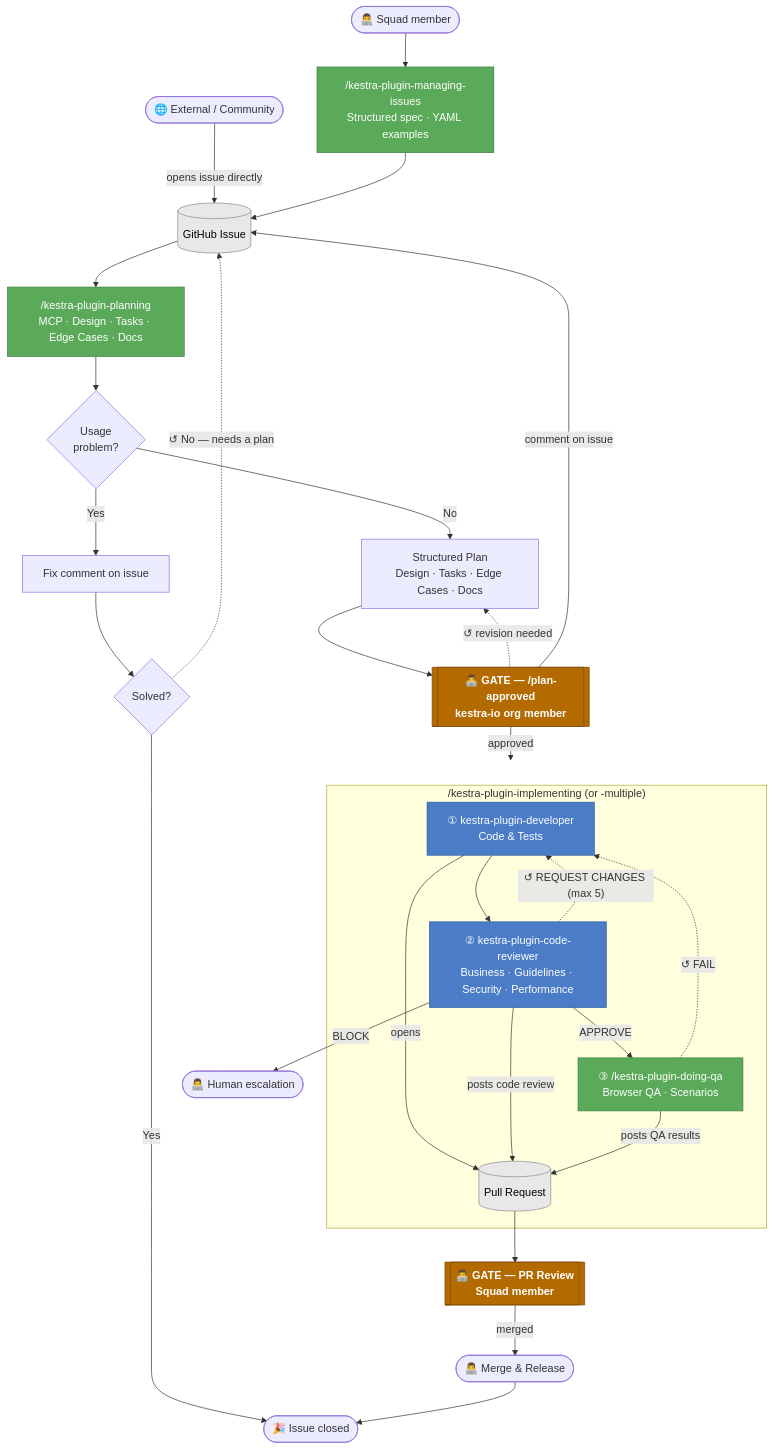
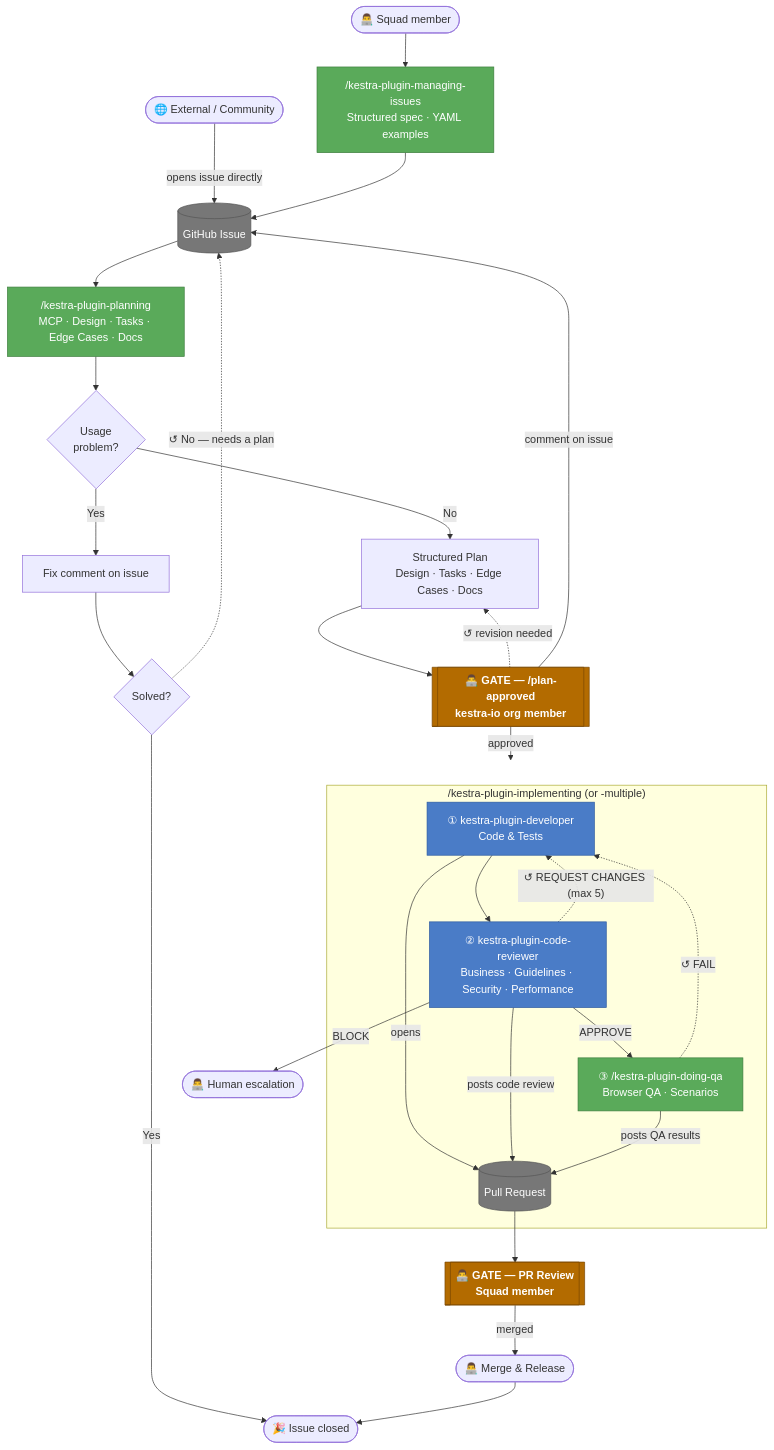
The diagram in src/contents/blogs/context-engineering-plugins-squad/index.md (kestra-io/docs), drawn with Mermaid before and after one commit.

Commit message:
docs: darken artifact nodes fill for readable white text in diagram

````diff
--- a/src/contents/blogs/context-engineering-plugins-squad/index.md
+++ b/src/contents/blogs/context-engineering-plugins-squad/index.md
@@ -92,46 +92,46 @@
 ```mermaid
 flowchart TD
     EXT(["🌐 External / Community"]) -->|"opens issue directly"| GH
     A(["👨‍💻 Squad member"]) --> B
     B["/kestra-plugin-managing-issues\nStructured spec · YAML examples"] --> GH
     GH[(GitHub Issue)] --> C
     C["/kestra-plugin-planning\nMCP · Design · Tasks · Edge Cases · Docs"] --> D{Usage\nproblem?}
     D -->|Yes| E[Fix comment on issue]
     E --> S{Solved?}
     S -->|Yes| DONE(["🎉 Issue closed"])
     S -.->|"↺ No — needs a plan"| GH
     D -->|No| F["Structured Plan\nDesign · Tasks · Edge Cases · Docs"]
     F --> G[["👨‍💻 GATE — /plan-approved\nkestra-io org member"]]
     G -.->|"↺ revision needed"| F
     G -->|"comment on issue"| GH
     G -->|approved| IMPL
 
     subgraph IMPL["/kestra-plugin-implementing (or -multiple)"]
         I["① kestra-plugin-developer\nCode & Tests"]
         J["② kestra-plugin-code-reviewer\nBusiness · Guidelines · Security · Performance"]
         L["③ /kestra-plugin-doing-qa\nBrowser QA · Scenarios"]
         PR[(Pull Request)]
         I -->|"opens"| PR
         I --> J
         J -.->|"↺ REQUEST CHANGES (max 5)"| I
         J -->|APPROVE| L
         J -->|"posts code review"| PR
         L -.->|"↺ FAIL"| I
         L -->|"posts QA results"| PR
     end
 
     J -->|BLOCK| K(["👨‍💻 Human escalation"])
     PR --> M[["👨‍💻 GATE — PR Review\nSquad member"]]
     M -->|merged| N(["👨‍💻 Merge & Release"])
     N --> DONE
 
     classDef humanGate fill:#b36b00,stroke:#7a4800,color:#fff,font-weight:bold
     classDef agentStep fill:#4a7cc7,stroke:#2c5aa0,color:#fff
     classDef skillStep fill:#5aaa5a,stroke:#3d7d3d,color:#fff
-    classDef artifact fill:#e8e8e8,stroke:#888,color:#000
+    classDef artifact fill:#777,stroke:#555,color:#fff
 
     class G,M humanGate
     class I,J agentStep
     class B,C,L skillStep
     class GH,PR artifact
 ```
````
